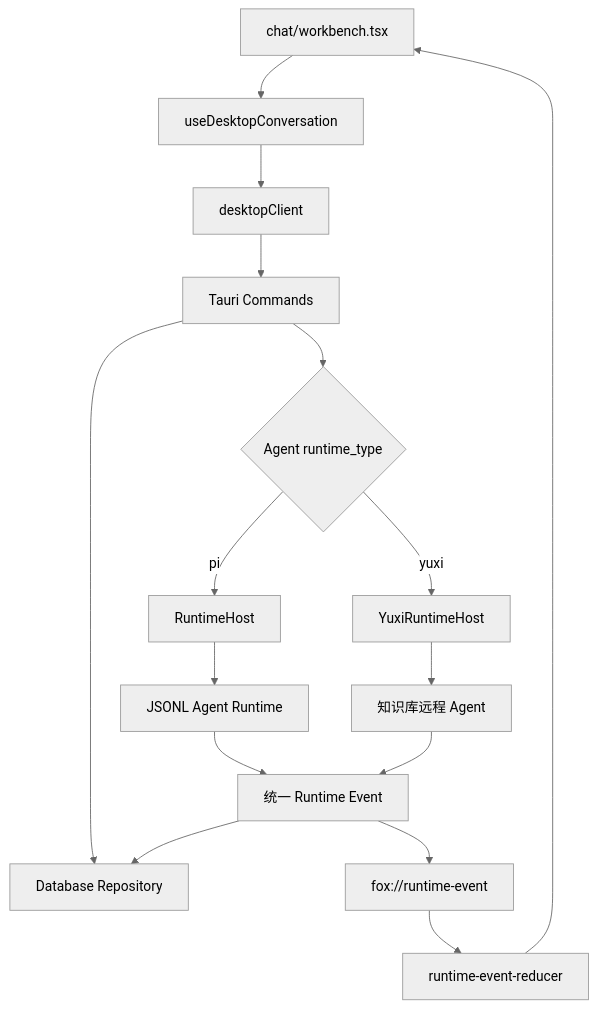
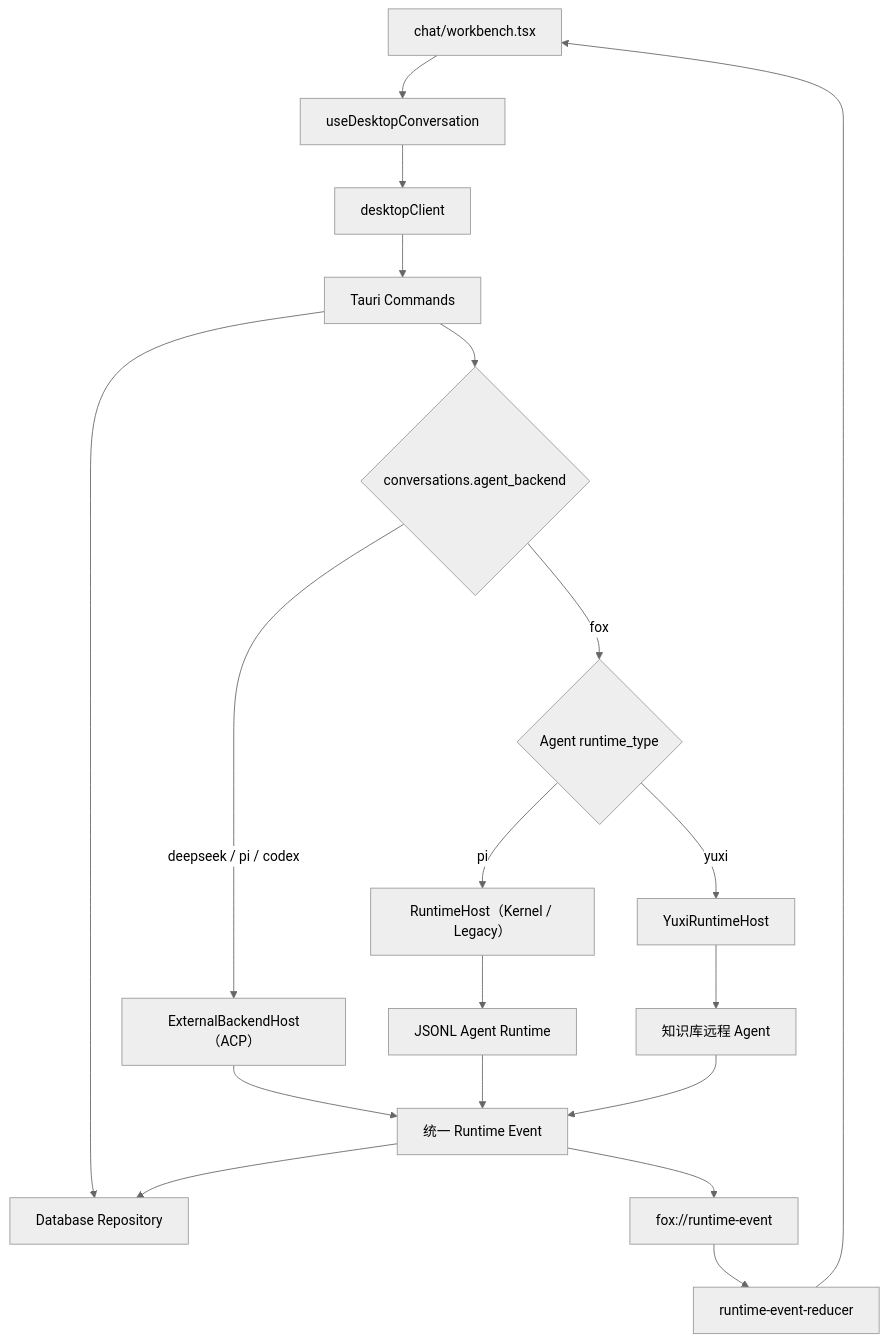
Before and after one commit to Hry1729/Fox-Agent: the first of 3 diagrams in docs/02-架构/对话系统架构.md, drawn with Mermaid (neutral theme). The commit also changed other lines of this file, not shown here.

Commit message:
docs: 复核对话系统架构，补充外层 Agent 后端路由 [skip ci]

````diff
--- a/docs/02-架构/对话系统架构.md
+++ b/docs/02-架构/对话系统架构.md
@@ -28,18 +30,21 @@
 ```mermaid
 flowchart TB
     WB["chat/workbench.tsx"] --> HOOK["useDesktopConversation"]
     HOOK --> CLIENT["desktopClient"]
     CLIENT --> CMD["Tauri Commands"]
     CMD --> REPO["Database Repository"]
-    CMD --> ROUTER{"Agent runtime_type"}
-    ROUTER -->|"pi"| LOCAL["RuntimeHost"]
+    CMD --> GATE{"conversations.agent_backend"}
+    GATE -->|"deepseek / pi / codex"| EXT["ExternalBackendHost（ACP）"]
+    EXT --> EVENT
+    GATE -->|"fox"| ROUTER{"Agent runtime_type"}
+    ROUTER -->|"pi"| LOCAL["RuntimeHost（Kernel / Legacy）"]
     ROUTER -->|"yuxi"| REMOTE["YuxiRuntimeHost"]
     LOCAL --> SIDE["JSONL Agent Runtime"]
     REMOTE --> SERVICE["知识库远程 Agent"]
     SIDE --> EVENT["统一 Runtime Event"]
     SERVICE --> EVENT
     EVENT --> REPO
     EVENT --> BUS["fox://runtime-event"]
     BUS --> REDUCER["runtime-event-reducer"]
     REDUCER --> WB
 ```
````
